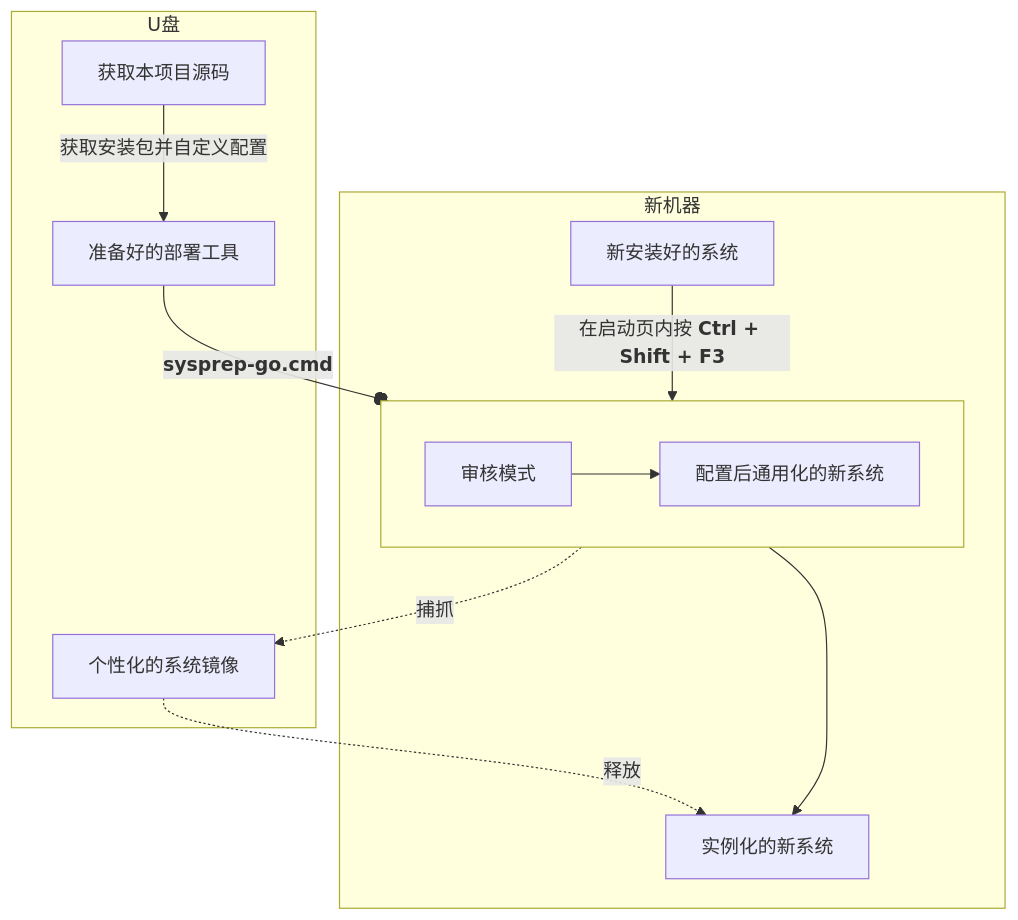
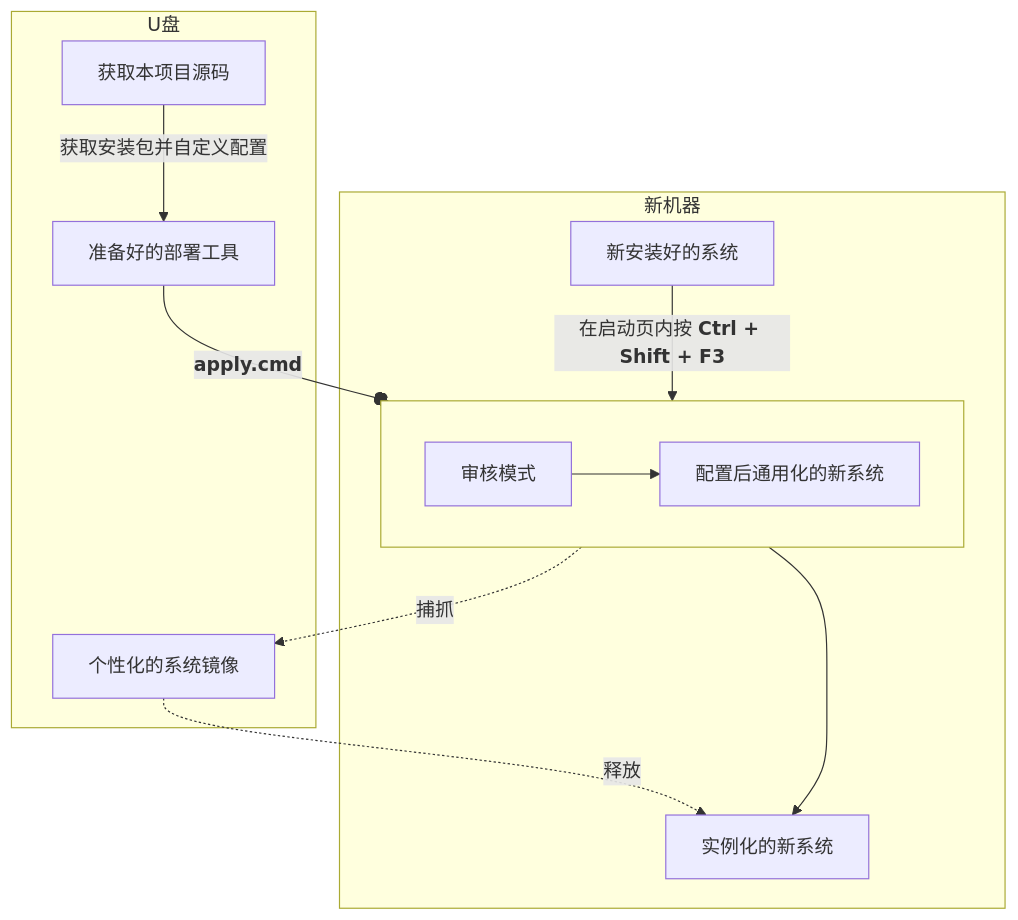
One commit to neo-sam/mysysprep changed the first of 2 diagrams in README_ZH.md. Above: the diagram before and after it, drawn with Mermaid. The commit also changed other lines of this file and 30 other files, not shown here.

````diff
--- a/README_ZH.md
+++ b/README_ZH.md
@@ -16,18 +16,18 @@
 ```mermaid
 flowchart TD
   subgraph target [新机器]
     newsys[新安装好的系统] -- 在启动页内按 <b>Ctrl + Shift + F3</b> --> auditmode[审核模式]
     subgraph sysprep [ ]
       direction LR
       auditmode --> generlized[配置后通用化的新系统]
     end
     instance[实例化的新系统]
   end
   subgraph U盘
     fetch[获取本项目源码] -- 获取安装包并自定义配置 --> bundle[准备好的部署工具]
     generlized -. 捕抓 .-> image[个性化的系统镜像]
   end
-  bundle -- <b>sysprep-go.cmd</b> --o sysprep
+  bundle -- <b>apply.cmd</b> --o sysprep
   generlized --> instance
   image -. 释放 .-> instance
 ```
````
